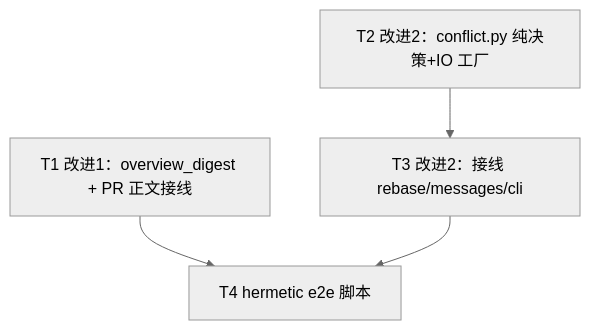
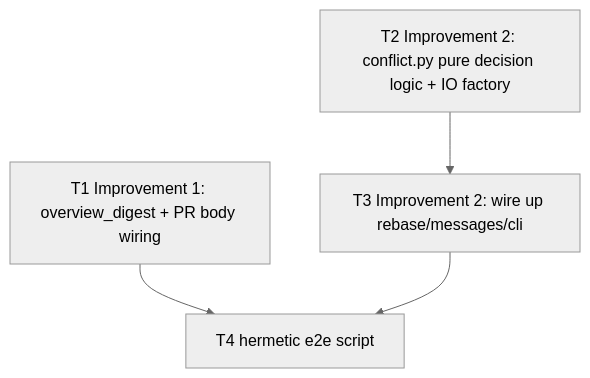
Before and after one commit to Curry09/OpenAgents: the diagram in docs/specs/0028-pr-digest-and-conflict-agent.md, drawn with Mermaid (neutral theme). The commit also changed other lines of this file and 461 other files, not shown here.

````diff
--- a/docs/specs/0028-pr-digest-and-conflict-agent.md
+++ b/docs/specs/0028-pr-digest-and-conflict-agent.md
@@ -230,10 +177,10 @@
 ```mermaid
 graph TD
-  T1["T1 改进1：overview_digest + PR 正文接线"]
-  T2["T2 改进2：conflict.py 纯决策+IO 工厂"]
-  T3["T3 改进2：接线 rebase/messages/cli"]
-  T4["T4 hermetic e2e 脚本"]
+  T1["T1 Improvement 1: overview_digest + PR body wiring"]
+  T2["T2 Improvement 2: conflict.py pure decision logic + IO factory"]
+  T3["T3 Improvement 2: wire up rebase/messages/cli"]
+  T4["T4 hermetic e2e script"]
   T2 --> T3
   T1 --> T4
   T3 --> T4
 ```
````
